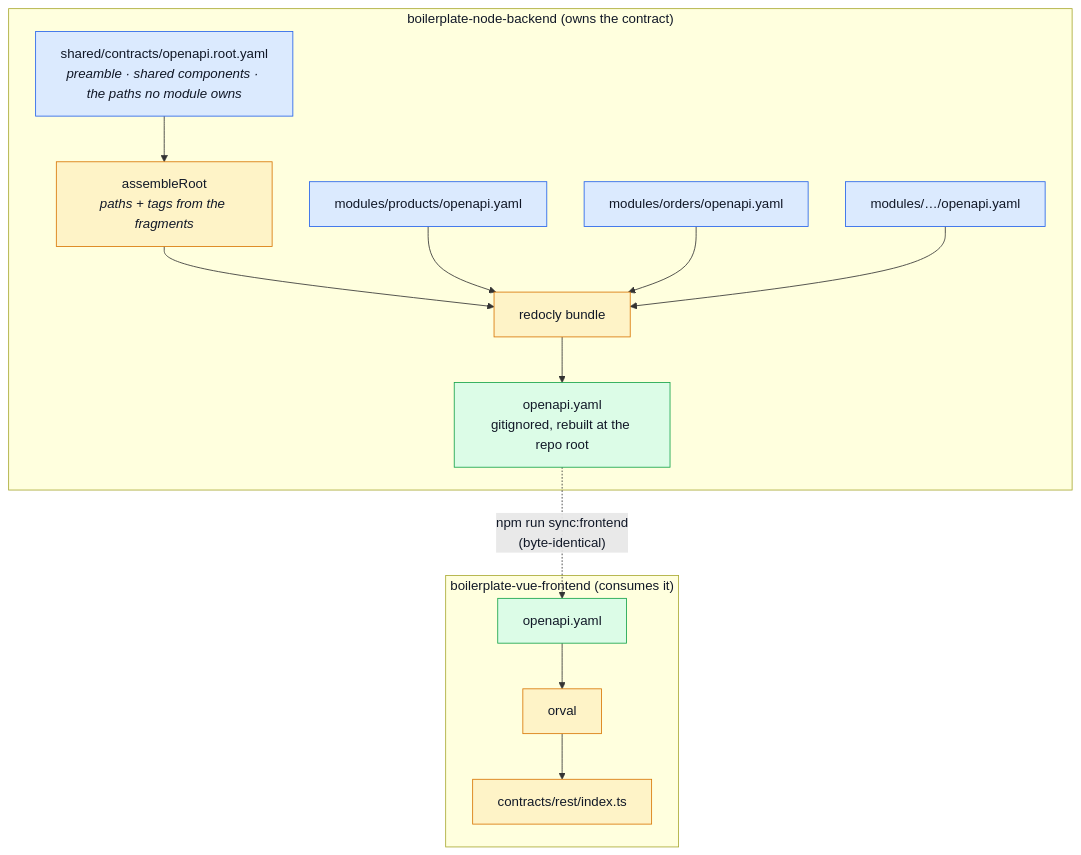
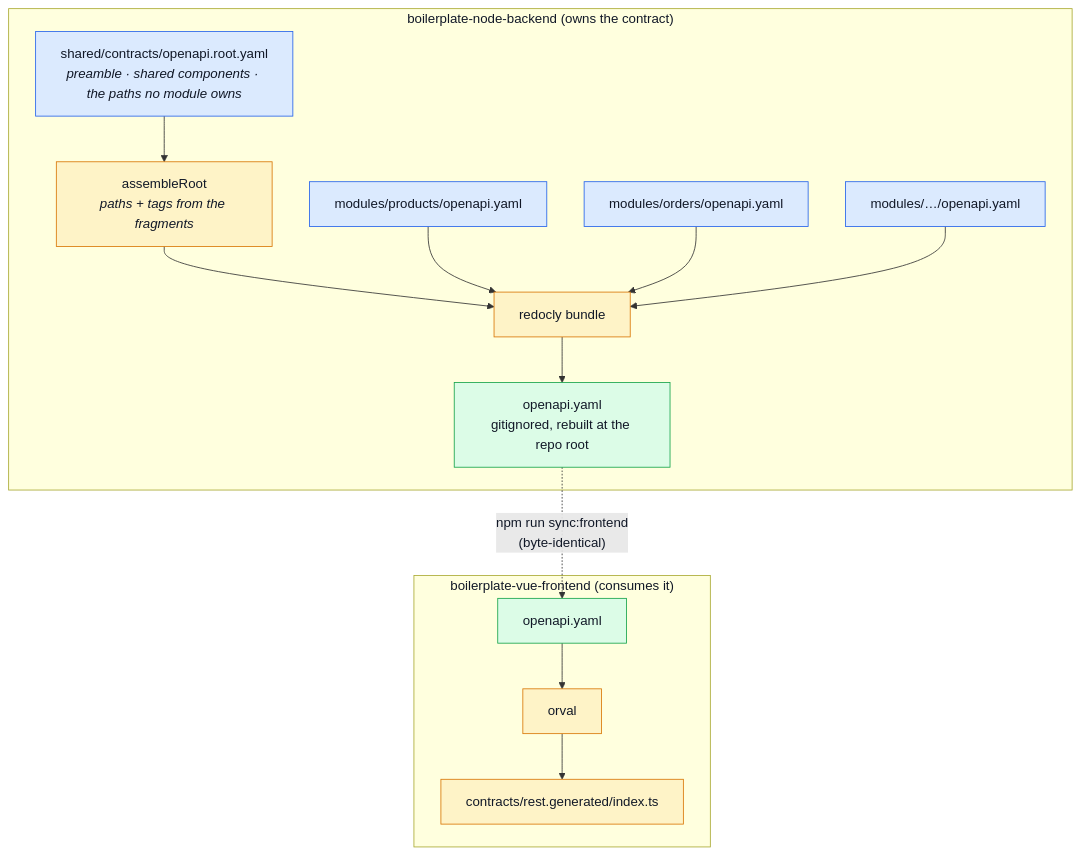
The diagram in docs/build/contract-fragmentation.md (Guebbit/boilerplate-node-backend), drawn with Mermaid before and after one commit. The commit also changed other lines of this file and 56 other files, not shown here.

First line of the commit message:
refactor(contracts): mark every generated output with a .generated name

````diff
--- a/docs/build/contract-fragmentation.md
+++ b/docs/build/contract-fragmentation.md
@@ -85,24 +85,24 @@
 ```mermaid
 %%{init: {'flowchart': {'nodeSpacing': 45, 'rankSpacing': 55}}}%%
 flowchart TD
     subgraph BE["boilerplate-node-backend  (owns the contract)"]
         H["shared/contracts/openapi.root.yaml<br/><i>preamble · shared components · the paths no module owns</i>"] --> AR["assembleRoot<br/><i>paths + tags from the fragments</i>"] --> B["redocly bundle"]
         F1["modules/products/openapi.yaml"] --> B
         F2["modules/orders/openapi.yaml"] --> B
         F3["modules/…/openapi.yaml"] --> B
         B --> ROOT["openapi.yaml<br/>gitignored, rebuilt at the repo root"]
     end
 
     ROOT -.->|"npm run sync:frontend<br/>(byte-identical)"| FEROOT
 
     subgraph FE["boilerplate-vue-frontend  (consumes it)"]
-        FEROOT["openapi.yaml"] --> ORVAL[orval] --> CLIENT["contracts/rest/index.ts"]
+        FEROOT["openapi.yaml"] --> ORVAL[orval] --> CLIENT["contracts/rest.generated/index.ts"]
     end
 
     classDef frag fill:#dbeafe,stroke:#2563eb,color:#111827;
     classDef root fill:#dcfce7,stroke:#16a34a,color:#111827;
     classDef tool fill:#fef3c7,stroke:#d97706,color:#111827;
     class H,F1,F2,F3 frag;
     class ROOT,FEROOT root;
     class B,AR,ORVAL,CLIENT tool;
 ```
````
